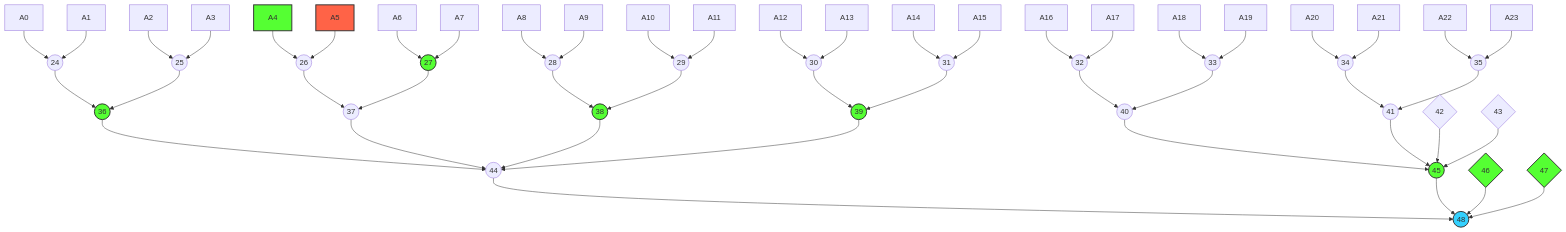
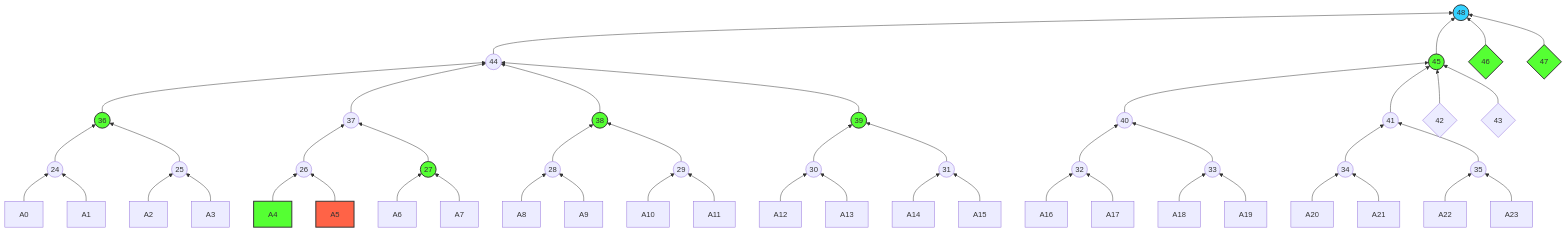
Before and after one commit to okx/proof-of-reserves-v2: the first of 2 diagrams in docs/technical_spec.md, drawn with Mermaid. The commit also changed other lines of this file, not shown here.

Commit message:
refactor MERMAID

````diff
--- a/docs/technical_spec.md
+++ b/docs/technical_spec.md
@@ -7,67 +7,67 @@
 ```mermaid
-graph TD;
+graph BT;
     A0-->n0(( 24));
     A1-->n0(( 24));
     A2-->n1((25 ));
     A3-->n1(( 25));
     A4-->n2(( 26));
     A5-->n2(( 26));
     A6-->n3(( 27));
     A7-->n3(( 27));
     A8-->n4(( 28));
     A9-->n4(( 28));
     A10-->n5(( 29));
     A11-->n5(( 29));
     A12-->n6(( 30));
     A13-->n6(( 30));
     A14-->n7(( 31));
     A15-->n7(( 31));
     A16-->n8(( 32));
     A17-->n8(( 32));
     A18-->n9(( 33));
     A19-->n9(( 33));
     A20-->n10(( 34));
     A21-->n10(( 34));
     A22-->n11(( 35));
     A23-->n11(( 35));
     n0 --> n12((36));
     n1 --> n12((36));
     n2 --> n13((37));
     n3 --> n13((37));
     n4 --> n14((38));
     n5 --> n14((38));
     n6 --> n15((39));
     n7 --> n15((39));
     n8 --> n16((40));
     n9 --> n16((40));
     n10 --> n17((41));
 
     n11 --> n17((41));
     n18{42};
     n19{43};
     n12 --> n20((44));
     n13 --> n20((44));
     n14 --> n20((44));
     n15 --> n20((44));
     n16 --> n21((45));
     n17 --> n21((45));
     n18 --> n21((45));
     n19 --> n21((45));
     n22{46};
     n23{47};
     n20 --> root((48));
     n21 --> root((48));
     n22 --> root((48));
     n23 --> root((48));
 
     style A5 fill:#FF6347,stroke:#333,stroke-width:2px;
     style A4 fill:#55ff33,stroke:#333,stroke-width:2px;
     style n3 fill:#55ff33,stroke:#333,stroke-width:2px;
     style n12 fill:#55ff33,stroke:#333,stroke-width:2px;
     style n14 fill:#55ff33,stroke:#333,stroke-width:2px;
     style n15 fill:#55ff33,stroke:#333,stroke-width:2px;
     style n21 fill:#55ff33,stroke:#333,stroke-width:2px;
     style n22 fill:#55ff33,stroke:#333,stroke-width:2px;
     style n23 fill:#55ff33,stroke:#333,stroke-width:2px;
     style root fill:#33d1ff,stroke:#333,stroke-width:2px;
 ```
````
